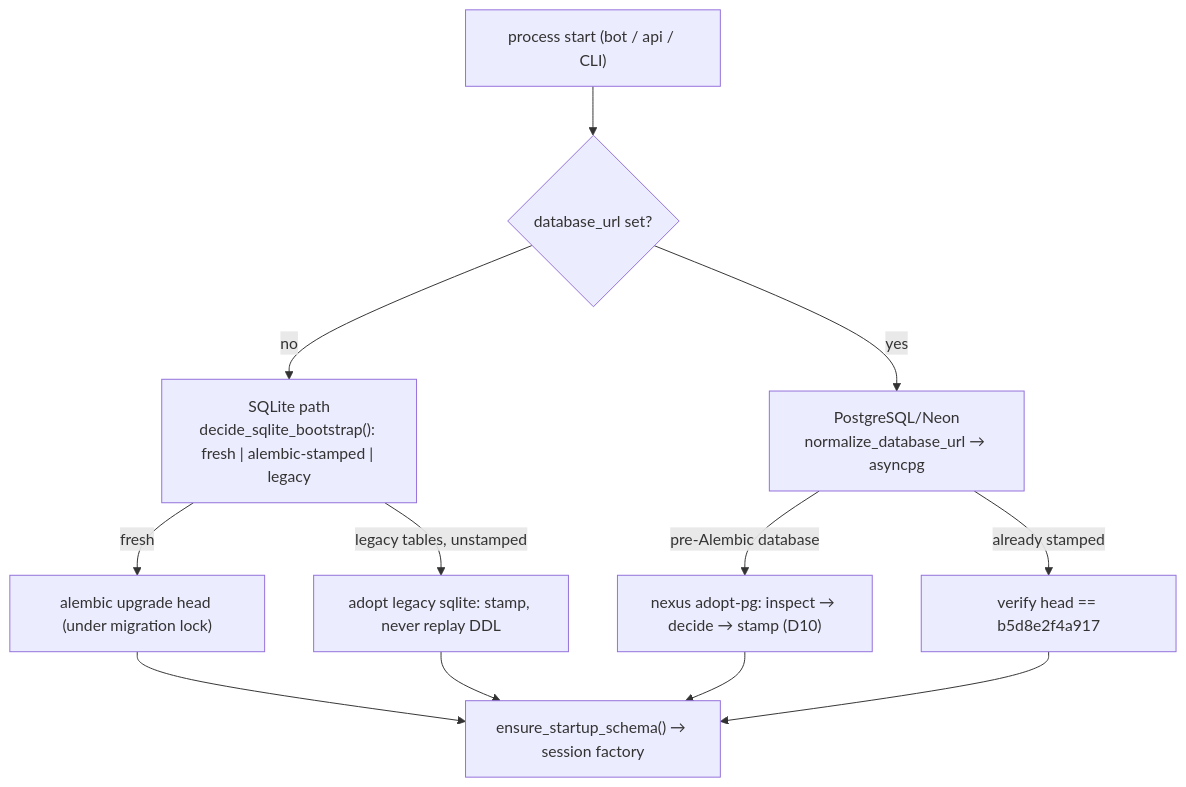
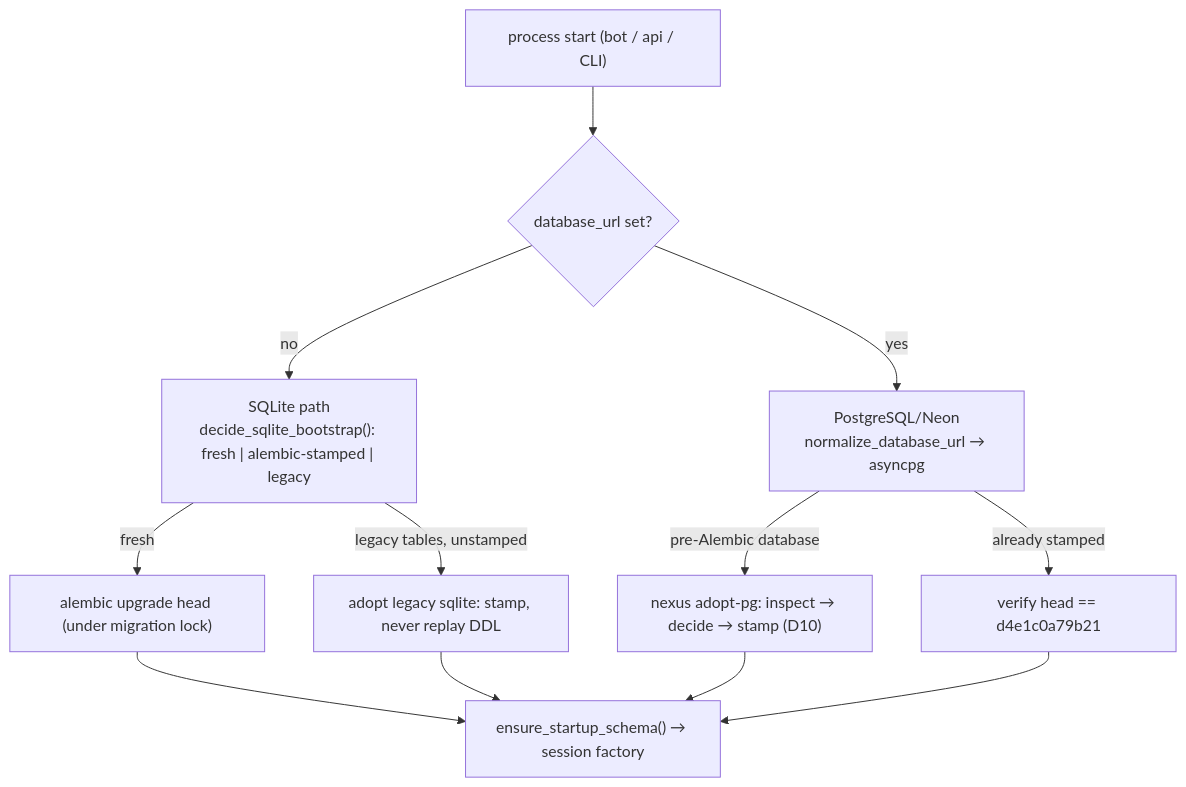
One commit to bot523h/nexus-ai-agent changed the fifth of 6 diagrams in docs/architecture/RUNTIME_FLOWS.md. Above: the diagram before and after it, drawn with Mermaid. The commit also changed other lines of this file and 38 other files, not shown here.

````diff
--- a/docs/architecture/RUNTIME_FLOWS.md
+++ b/docs/architecture/RUNTIME_FLOWS.md
@@ -158,14 +158,14 @@
 ```mermaid
 flowchart TD
     start["process start (bot / api / CLI)"] --> decide{"database_url set?"}
     decide -->|no| sqlite["SQLite path<br/>decide_sqlite_bootstrap(): fresh | alembic-stamped | legacy"]
     decide -->|yes| pg["PostgreSQL/Neon<br/>normalize_database_url → asyncpg"]
     sqlite -->|fresh| up["alembic upgrade head (under migration lock)"]
     sqlite -->|legacy tables, unstamped| adopt["adopt legacy sqlite: stamp, never replay DDL"]
     pg -->|pre-Alembic database| adoptpg["nexus adopt-pg: inspect → decide → stamp (D10)"]
-    pg -->|already stamped| head["verify head == b5d8e2f4a917"]
+    pg -->|already stamped| head["verify head == d4e1c0a79b21"]
     up --> ready["ensure_startup_schema() → session factory"]
     adopt --> ready
     adoptpg --> ready
     head --> ready
 ```
````
